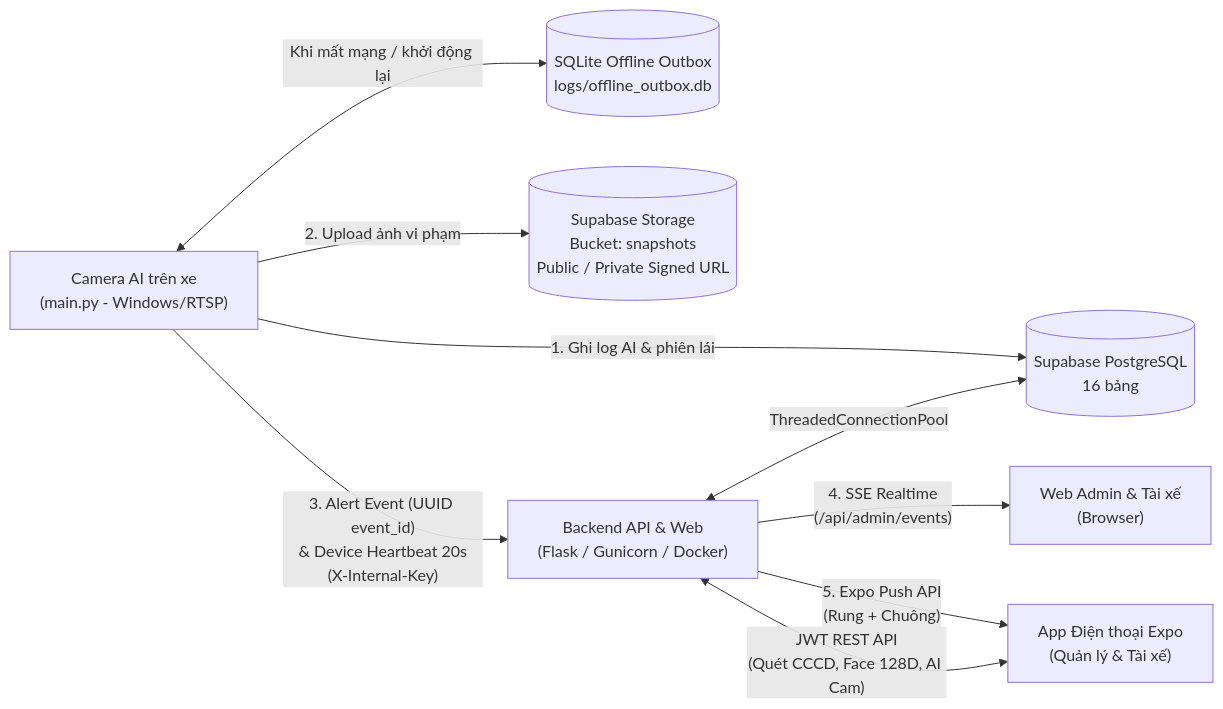
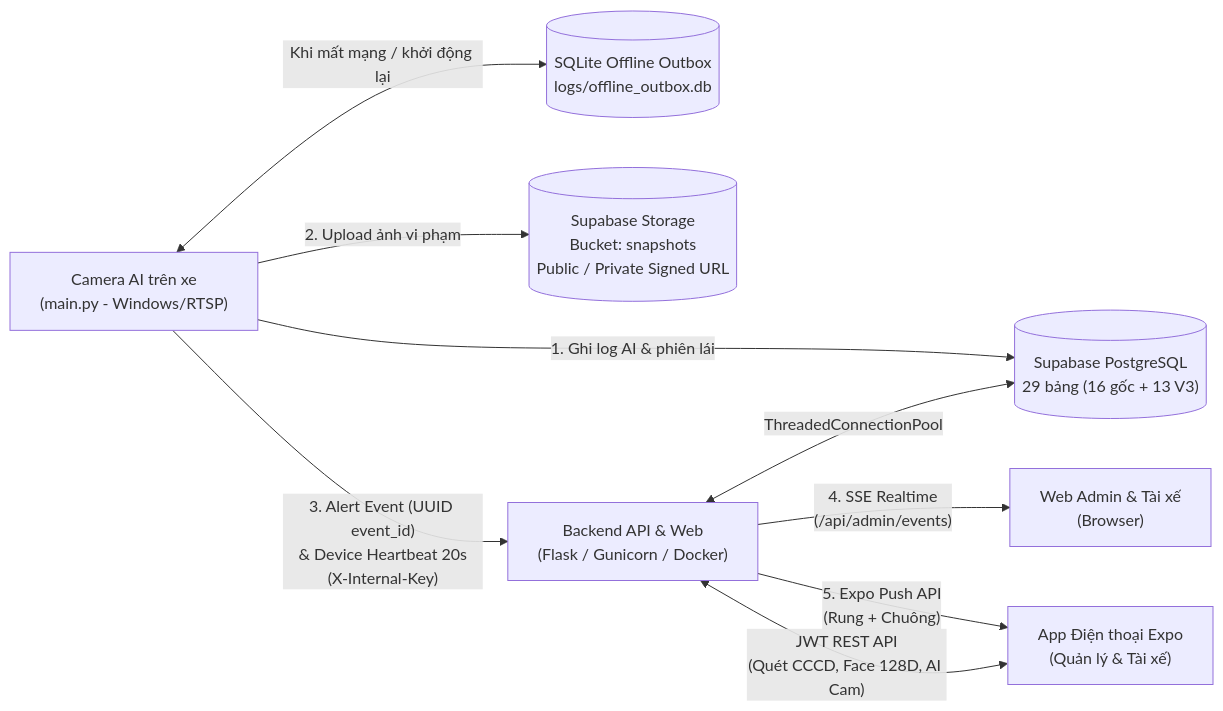
Before and after one commit to Nganphan1514/DACN1: the first of 2 diagrams in docs/DACN1_HE_THONG_VA_LOGIC.md, drawn with Mermaid. The commit also changed other lines of this file and 52 other files, not shown here.

````diff
--- a/docs/DACN1_HE_THONG_VA_LOGIC.md
+++ b/docs/DACN1_HE_THONG_VA_LOGIC.md
@@ -11,11 +12,11 @@
 ```mermaid
 flowchart LR
-    CAM["Camera AI trên xe\n(main.py - Windows/RTSP)"] -->|"1. Ghi log AI & phiên lái"| DB[("Supabase PostgreSQL\n16 bảng")]
+    CAM["Camera AI trên xe\n(main.py - Windows/RTSP)"] -->|"1. Ghi log AI & phiên lái"| DB[("Supabase PostgreSQL\n29 bảng (16 gốc + 13 V3)")]
     CAM <-->|"Khi mất mạng / khởi động lại"| OB[("SQLite Offline Outbox\nlogs/offline_outbox.db")]
     CAM -->|"2. Upload ảnh vi phạm"| ST[("Supabase Storage\nBucket: snapshots\nPublic / Private Signed URL")]
     CAM -->|"3. Alert Event (UUID event_id)\n& Device Heartbeat 20s\n(X-Internal-Key)"| BE["Backend API & Web\n(Flask / Gunicorn / Docker)"]
     BE <-->|"ThreadedConnectionPool"| DB
     BE -->|"4. SSE Realtime\n(/api/admin/events)"| WEB["Web Admin & Tài xế\n(Browser)"]
     BE -->|"5. Expo Push API\n(Rung + Chuông)"| APP["App Điện thoại Expo\n(Quản lý & Tài xế)"]
     APP <-->|"JWT REST API\n(Quét CCCD, Face 128D, AI Cam)"| BE
 ```
````
